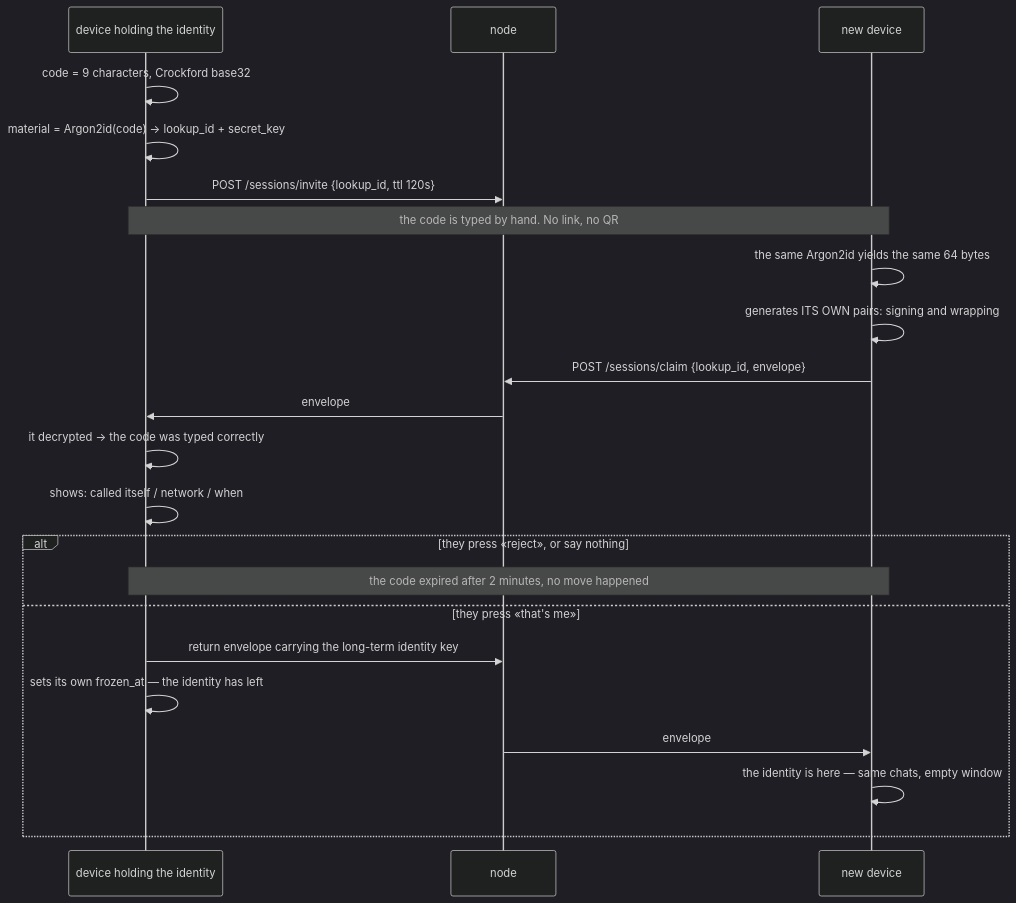
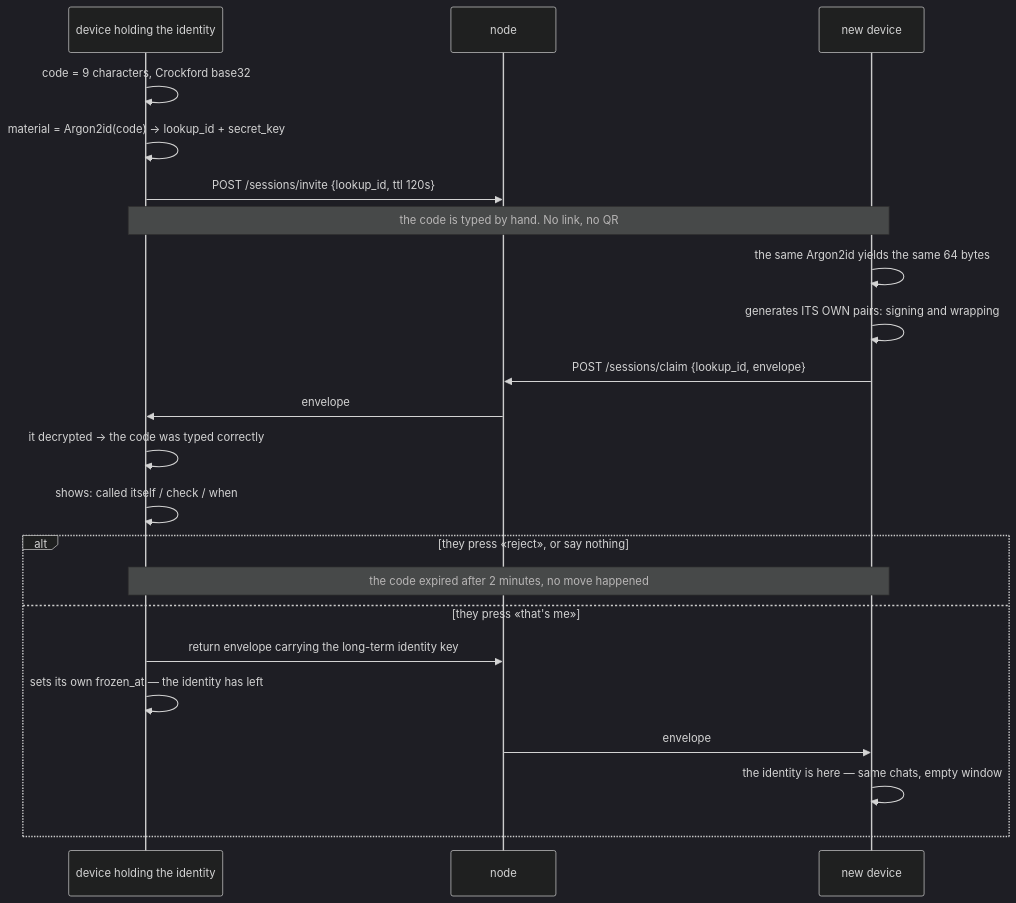
The fourth of 30 diagrams in docs/chat-flows_EN.md (panov-id/xor.ad), drawn with Mermaid (dark theme) before and after one commit. The commit also changed other lines of this file and 40 other files, not shown here.

````diff
--- a/docs/chat-flows_EN.md
+++ b/docs/chat-flows_EN.md
@@ -128,24 +128,24 @@
 ```mermaid
 sequenceDiagram
   participant A as device holding the identity
   participant N as node
   participant B as new device
   A->>A: code = 9 characters, Crockford base32
   A->>A: material = Argon2id#40;code#41; → lookup_id + secret_key
   A->>N: POST /sessions/invite #123;lookup_id, ttl 120s#125;
   Note over A,B: the code is typed by hand. No link, no QR
   B->>B: the same Argon2id yields the same 64 bytes
   B->>B: generates ITS OWN pairs: signing and wrapping
   B->>N: POST /sessions/claim #123;lookup_id, envelope#125;
   N->>A: envelope
   A->>A: it decrypted → the code was typed correctly
-  A->>A: shows: called itself / network / when
+  A->>A: shows: called itself / check / when
   alt they press «reject», or say nothing
     Note over A,B: the code expired after 2 minutes, no move happened
   else they press «that's me»
     A->>N: return envelope carrying the long-term identity key
     A->>A: sets its own frozen_at — the identity has left
     N->>B: envelope
     B->>B: the identity is here — same chats, empty window
   end
 ```
````
